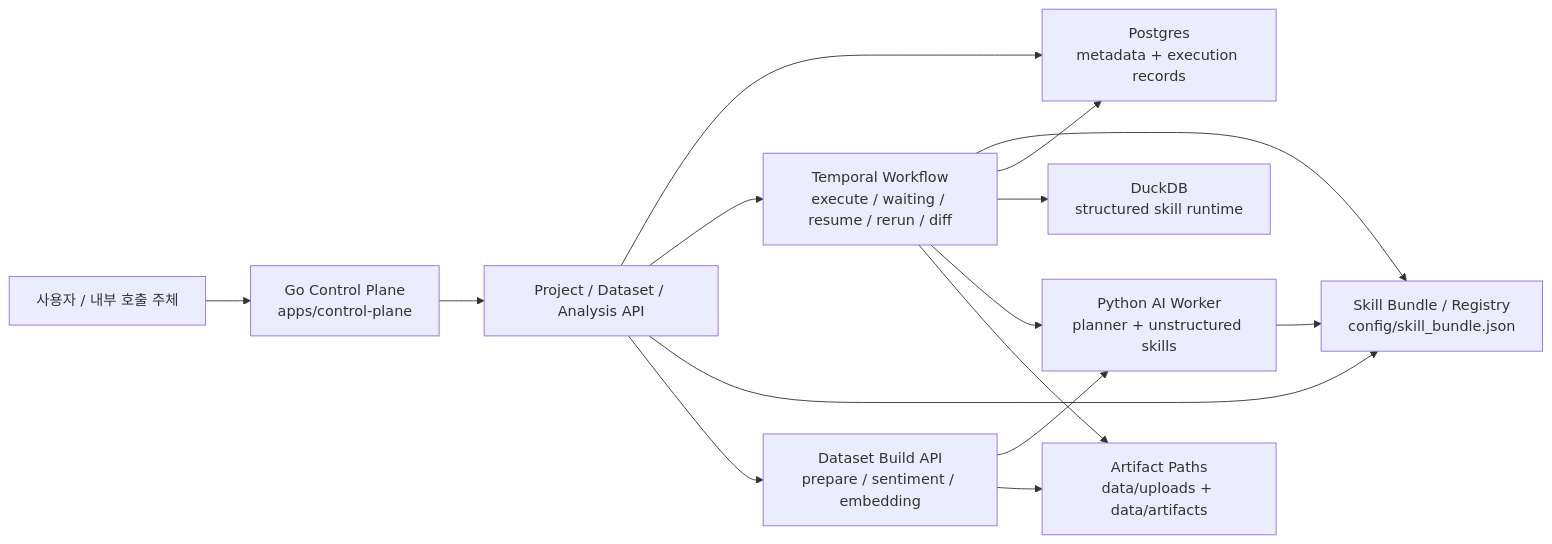
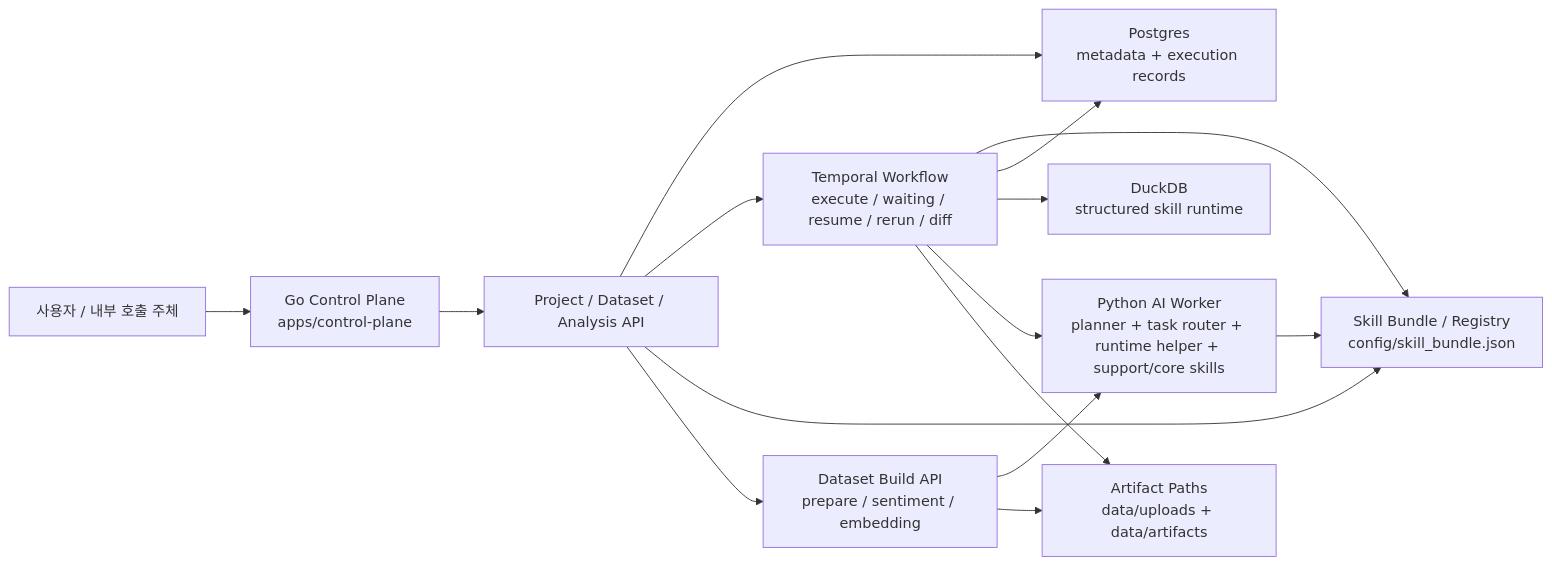
Before and after one commit to squirrelabbit/analysis-agent-platform: the diagram in docs/architecture/project_map.mmd, drawn with Mermaid. The commit also changed 28 other files, not shown here.

Commit message:
Refactor python worker structure and sync docs

```diff
--- a/docs/architecture/project_map.mmd
+++ b/docs/architecture/project_map.mmd
@@ -1,26 +1,26 @@
 flowchart LR
     Client["사용자 / 내부 호출 주체"]
     Control["Go Control Plane\napps/control-plane"]
     API["Project / Dataset / Analysis API"]
     Build["Dataset Build API\nprepare / sentiment / embedding"]
     Temporal["Temporal Workflow\nexecute / waiting / resume / rerun / diff"]
     Registry["Skill Bundle / Registry\nconfig/skill_bundle.json"]
     PG["Postgres\nmetadata + execution records"]
     Duck["DuckDB\nstructured skill runtime"]
-    Py["Python AI Worker\nplanner + unstructured skills"]
+    Py["Python AI Worker\nplanner + task router + runtime helper + support/core skills"]
     Artifact["Artifact Paths\ndata/uploads + data/artifacts"]
 
     Client --> Control
     Control --> API
     API --> PG
     API --> Temporal
     API --> Registry
     API --> Build
     Build --> Py
     Build --> Artifact
     Temporal --> Registry
     Temporal --> PG
     Temporal --> Duck
     Temporal --> Py
     Temporal --> Artifact
     Py --> Registry
```
